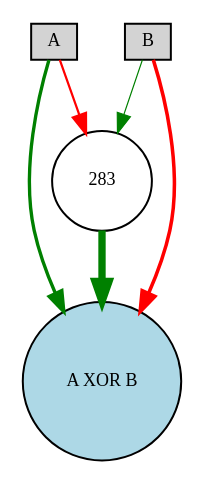
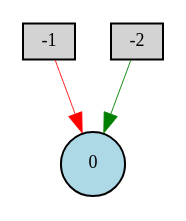
One commit to lafengxiaoyu/ENN changed the diagram in XOR/Digraph.gv. Above: the diagram before and after it, drawn with Graphviz. The commit also changed 31 other files, not shown here.

```diff
--- a/XOR/Digraph.gv
+++ b/XOR/Digraph.gv
@@ -1,12 +1,8 @@
 digraph {
 	node [fontsize=9 height=0.2 shape=circle width=0.2]
-	A [fillcolor=lightgray shape=box style=filled]
-	B [fillcolor=lightgray shape=box style=filled]
-	"A XOR B" [fillcolor=lightblue style=filled]
-	283 [fillcolor=white style=filled]
-	B -> "A XOR B" [color=red penwidth=1.7686131329904802 style=solid]
-	B -> 283 [color=green penwidth=0.5778486337835499 style=solid]
-	283 -> "A XOR B" [color=green penwidth=3.6786290700739457 style=solid]
-	A -> 283 [color=red penwidth=1.107257134951222 style=solid]
-	A -> "A XOR B" [color=green penwidth=1.6807794522656168 style=solid]
+	-1 [fillcolor=lightgray shape=box style=filled]
+	-2 [fillcolor=lightgray shape=box style=filled]
+	0 [fillcolor=lightblue style=filled]
+	-1 -> 0 [color=red penwidth=0.43324472561263017 style=solid]
+	-2 -> 0 [color=green penwidth=0.45525359873173377 style=solid]
 }
```
